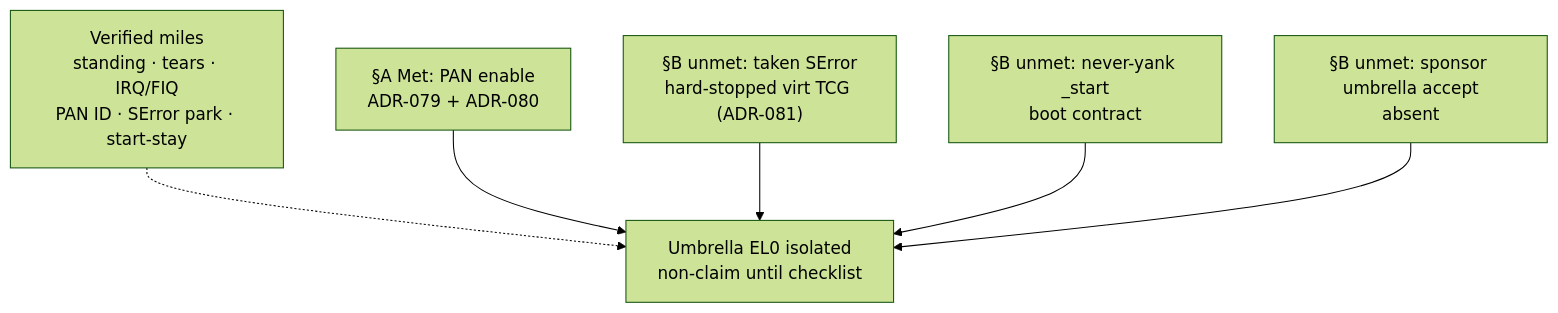
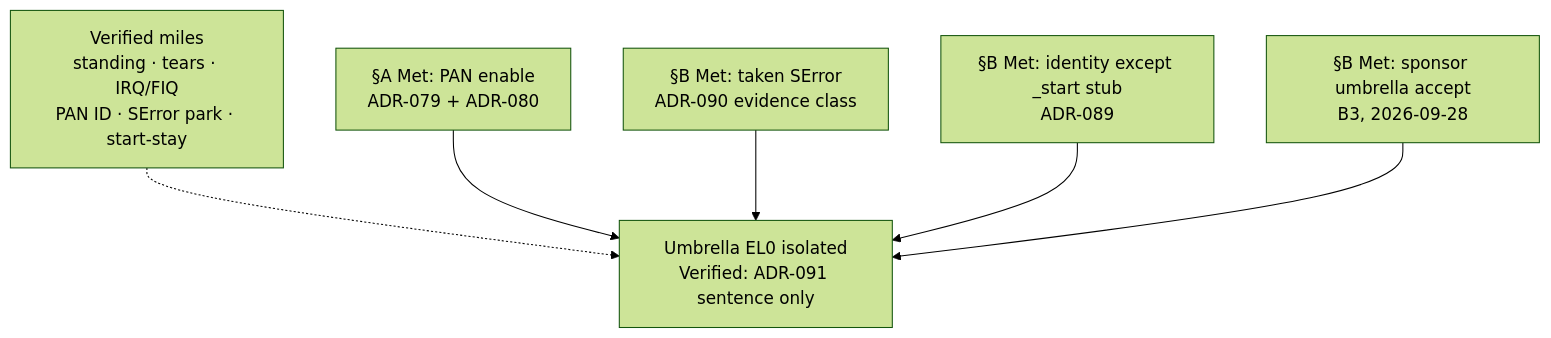
Before and after one commit to artofdream/ctos: the diagram in docs/03-adr/ADR-060-isolation-leftovers-closure-checklist.md, drawn with Mermaid (forest theme). The commit also changed other lines of this file and 39 other files, not shown here.

First line of the commit message:
﻿docs: M6 "EL0 isolated" flip - ADR-091 Accepted (B3 met), threat model v1.70

````diff
--- a/docs/03-adr/ADR-060-isolation-leftovers-closure-checklist.md
+++ b/docs/03-adr/ADR-060-isolation-leftovers-closure-checklist.md
@@ -42,14 +43,14 @@
 ```mermaid
 flowchart TD
   V["Verified miles<br/>standing · tears · IRQ/FIQ<br/>PAN ID · SError park · start-stay"]
   B1["§A Met: PAN enable<br/>ADR-079 + ADR-080"]
-  B2["§B unmet: taken SError<br/>hard-stopped virt TCG (ADR-081)"]
-  B3["§B unmet: never-yank _start<br/>boot contract"]
-  B4["§B unmet: sponsor umbrella accept<br/>absent"]
-  U["Umbrella EL0 isolated<br/>non-claim until checklist"]
+  B2["§B Met: taken SError<br/>ADR-090 evidence class"]
+  B3["§B Met: identity except _start stub<br/>ADR-089"]
+  B4["§B Met: sponsor umbrella accept<br/>B3, 2026-09-28"]
+  U["Umbrella EL0 isolated<br/>Verified: ADR-091 sentence only"]
   V -.-> U
   B1 --> U
   B2 --> U
   B3 --> U
   B4 --> U
 ```
````
